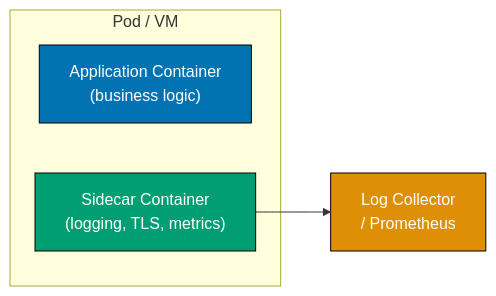
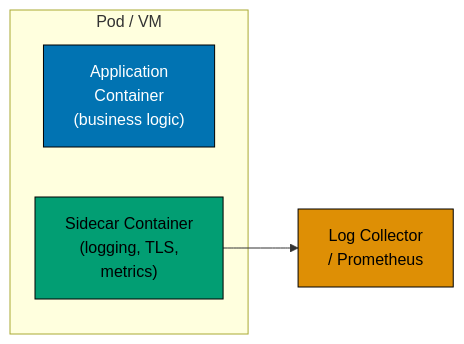
Before and after one commit to wahidyankf/ose-public: the tenth of 18 diagrams in apps/ayokoding-www/content/en/learn/legacy/software-engineering/software-architecture/patterns-and-principles/in-oop-by-example/advanced.md, drawn with Mermaid. The commit also changed other lines of this file and 78 other files, not shown here.

First line of the commit message:
fix(mermaid): bring the remaining legacy software-engineering diagrams onto the accessible palette

````diff
--- a/apps/ayokoding-www/content/en/learn/legacy/software-engineering/software-architecture/patterns-and-principles/in-oop-by-example/advanced.md
+++ b/apps/ayokoding-www/content/en/learn/legacy/software-engineering/software-architecture/patterns-and-principles/in-oop-by-example/advanced.md
@@ -2836,12 +2884,18 @@
 ```mermaid
 graph LR
+    accTitle: Example 68: Sidecar Pattern
+    accDescr: Graph with 3 nodes and 1 connections. Nodes: Application Container (business logic), Sidecar Container (logging, TLS, metrics), Log Collector / Prometheus. Connections: Sidecar Container (logging, TLS, metrics) to Log Collector / Prometheus.
     subgraph Pod["Pod / VM"]
-        App["Application Container<br/>(business logic)"]
-        Side["Sidecar Container<br/>(logging, TLS, metrics)"]
+        App["Application<br/>Container<br/>(business logic)"]
+        Side["Sidecar Container<br/>(logging, TLS,<br/>metrics)"]
     end
     Side --> Collector["Log Collector<br/>/ Prometheus"]
 
-    style App fill:#0173B2,stroke:#000,color:#fff
-    style Side fill:#029E73,stroke:#000,color:#fff
-    style Collector fill:#DE8F05,stroke:#000,color:#fff
+    classDef pal-0173B2 fill:#0173B2,stroke:#000000,color:#FFFFFF
+    class App pal-0173B2
+    classDef pal-029E73 fill:#029E73,stroke:#000000,color:#000000
+    class Side pal-029E73
+    classDef pal-DE8F05 fill:#DE8F05,stroke:#000000,color:#000000
+    class Collector pal-DE8F05
+    classDef default fill:#FFFFFF,stroke:#000000,color:#000000
 ```
````
